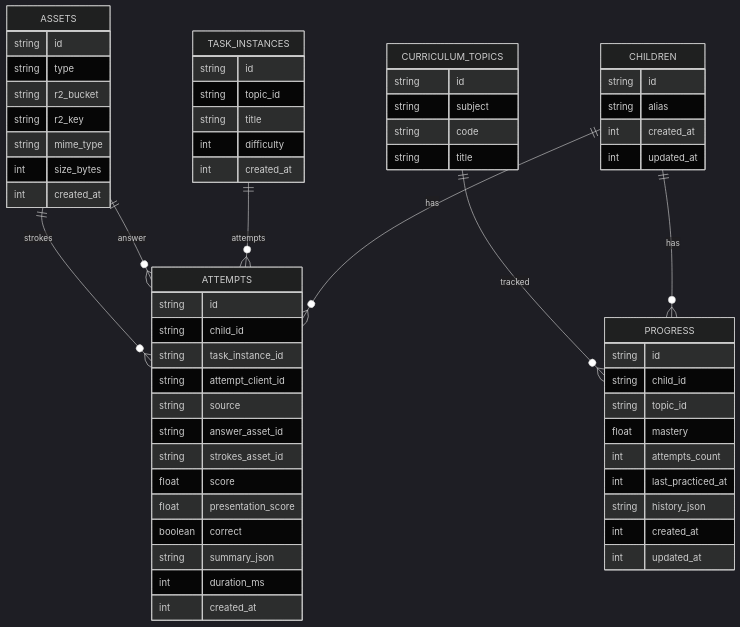
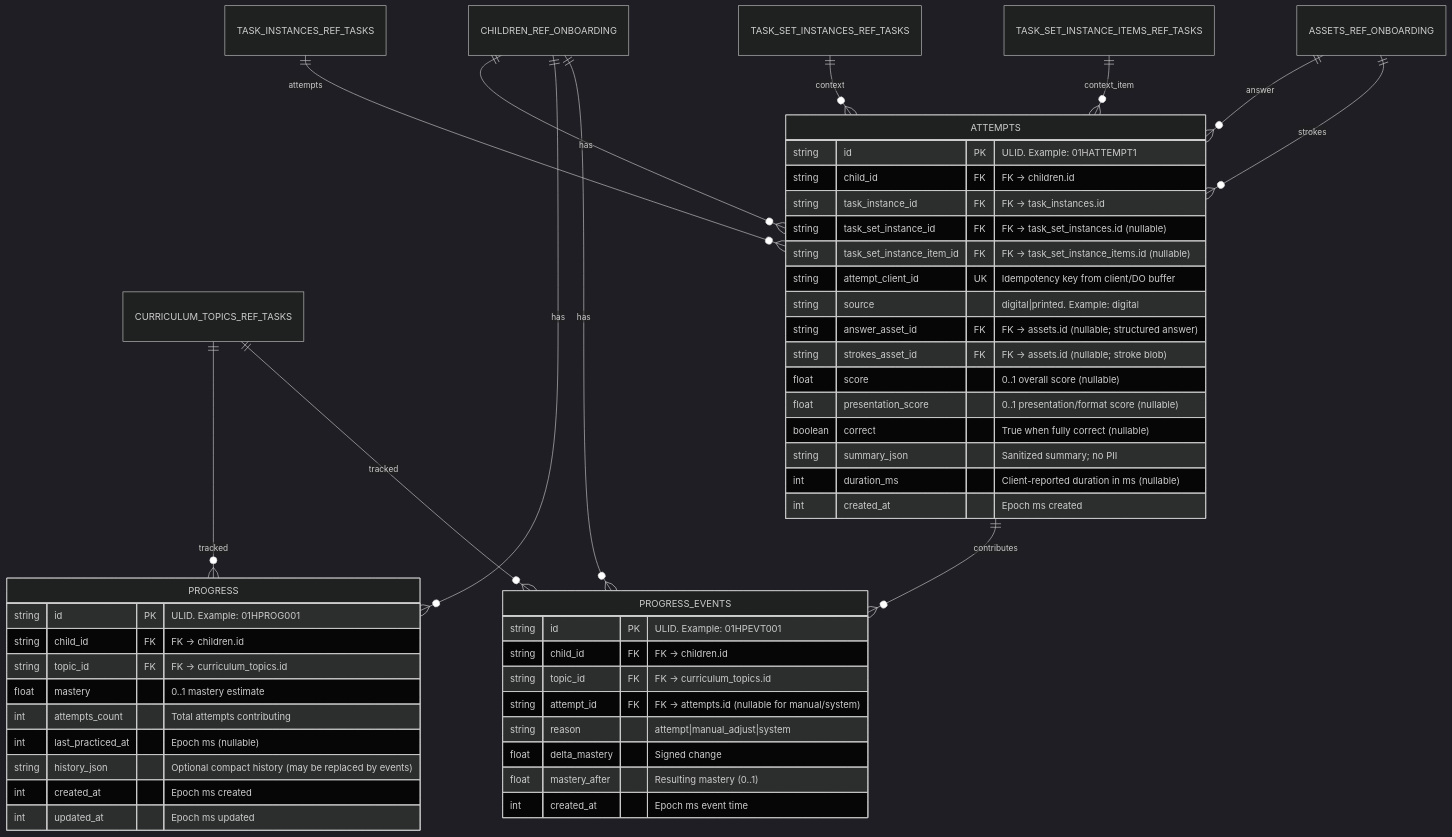
One commit to kamaz/eduapp changed the diagram in docs/assets/erd-progress.mmd. Above: the diagram before and after it, drawn with Mermaid (dark theme). The commit also changed other lines of this file, not shown here.

Commit message:
feat(docs): progress erd diagram

```diff
--- a/docs/assets/erd-progress.mmd
+++ b/docs/assets/erd-progress.mmd
@@ -1,70 +1,70 @@
-%% Domain: Child Education Progress
+%% Domain: Progress & Attempts (canonical in D1)
+%% Notes:
+%% - DO buffers attempts and flushes to D1; idempotency via client-generated key.
+%% - No PII in summaries; assets stored in R2 and referenced here.
 erDiagram
-    CHILDREN {
-        string id
-        string alias
-        int created_at
-        int updated_at
-    }
-
-    CURRICULUM_TOPICS {
-        string id
-        string subject
-        string code
-        string title
-    }
-
-    TASK_INSTANCES {
-        string id
-        string topic_id
-        string title
-        int difficulty
-        int created_at
-    }
+    %% Referenced entities defined in other ERDs
+    CHILDREN_REF_ONBOARDING {}
+    ASSETS_REF_ONBOARDING {}
+    CURRICULUM_TOPICS_REF_TASKS {}
+    TASK_INSTANCES_REF_TASKS {}
+    TASK_SET_INSTANCES_REF_TASKS {}
+    TASK_SET_INSTANCE_ITEMS_REF_TASKS {}
 
     ATTEMPTS {
-        string id
-        string child_id
-        string task_instance_id
-        string attempt_client_id
-        string source
-        string answer_asset_id
-        string strokes_asset_id
-        float score
-        float presentation_score
-        boolean correct
-        string summary_json
-        int duration_ms
-        int created_at
+        string id PK "ULID. Example: 01HATTEMPT1"
+        string child_id FK "FK → children.id"
+        string task_instance_id FK "FK → task_instances.id"
+        string task_set_instance_id FK "FK → task_set_instances.id (nullable)"
+        string task_set_instance_item_id FK "FK → task_set_instance_items.id (nullable)"
+        string attempt_client_id UK "Idempotency key from client/DO buffer"
+        string source "digital|printed. Example: digital"
+        string answer_asset_id FK "FK → assets.id (nullable; structured answer)"
+        string strokes_asset_id FK "FK → assets.id (nullable; stroke blob)"
+        float score "0..1 overall score (nullable)"
+        float presentation_score "0..1 presentation/format score (nullable)"
+        boolean correct "True when fully correct (nullable)"
+        string summary_json "Sanitized summary; no PII"
+        int duration_ms "Client-reported duration in ms (nullable)"
+        int created_at "Epoch ms created"
     }
 
     PROGRESS {
-        string id
-        string child_id
-        string topic_id
-        float mastery
-        int attempts_count
-        int last_practiced_at
-        string history_json
-        int created_at
-        int updated_at
+        string id PK "ULID. Example: 01HPROG001"
+        string child_id FK "FK → children.id"
+        string topic_id FK "FK → curriculum_topics.id"
+        float mastery "0..1 mastery estimate"
+        int attempts_count "Total attempts contributing"
+        int last_practiced_at "Epoch ms (nullable)"
+        string history_json "Optional compact history (may be replaced by events)"
+        int created_at "Epoch ms created"
+        int updated_at "Epoch ms updated"
     }
 
-    ASSETS {
-        string id
-        string type
-        string r2_bucket
-        string r2_key
-        string mime_type
-        int size_bytes
-        int created_at
+    %% Optional audit trail of mastery evolution (normalized alternative to history_json)
+    PROGRESS_EVENTS {
+        string id PK "ULID. Example: 01HPEVT001"
+        string child_id FK "FK → children.id"
+        string topic_id FK "FK → curriculum_topics.id"
+        string attempt_id FK "FK → attempts.id (nullable for manual/system)"
+        string reason "attempt|manual_adjust|system"
+        float delta_mastery "Signed change"
+        float mastery_after "Resulting mastery (0..1)"
+        int created_at "Epoch ms event time"
     }
 
-    CHILDREN ||--o{ ATTEMPTS : has
-    TASK_INSTANCES ||--o{ ATTEMPTS : attempts
+    %% Relationships
+    CHILDREN_REF_ONBOARDING ||--o{ ATTEMPTS : has
+    TASK_INSTANCES_REF_TASKS ||--o{ ATTEMPTS : attempts
+    TASK_SET_INSTANCES_REF_TASKS ||--o{ ATTEMPTS : context
+    TASK_SET_INSTANCE_ITEMS_REF_TASKS ||--o{ ATTEMPTS : context_item
 
-    ASSETS ||--o{ ATTEMPTS : answer
-    ASSETS ||--o{ ATTEMPTS : strokes
+    ASSETS_REF_ONBOARDING ||--o{ ATTEMPTS : answer
+    ASSETS_REF_ONBOARDING ||--o{ ATTEMPTS : strokes
 
-    CHILDREN ||--o{ PROGRESS : has
-    CURRICULUM_TOPICS ||--o{ PROGRESS : tracked
+    CHILDREN_REF_ONBOARDING ||--o{ PROGRESS : has
+    CURRICULUM_TOPICS_REF_TASKS ||--o{ PROGRESS : tracked
+
+    CHILDREN_REF_ONBOARDING ||--o{ PROGRESS_EVENTS : has
+    CURRICULUM_TOPICS_REF_TASKS ||--o{ PROGRESS_EVENTS : tracked
+    ATTEMPTS ||--o{ PROGRESS_EVENTS : contributes
```
